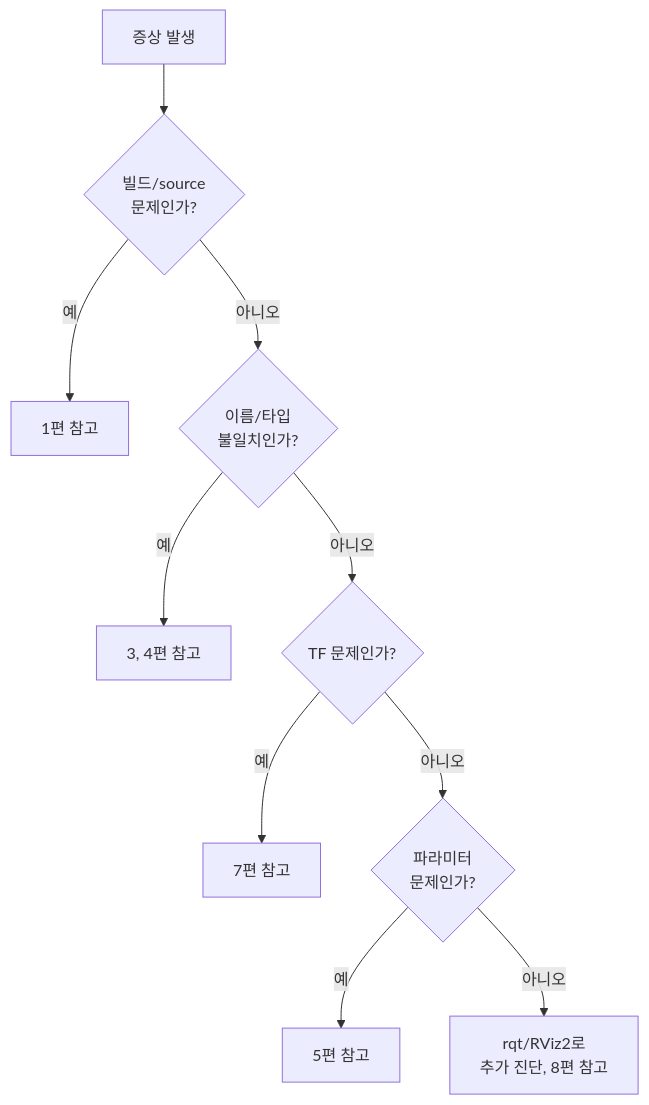
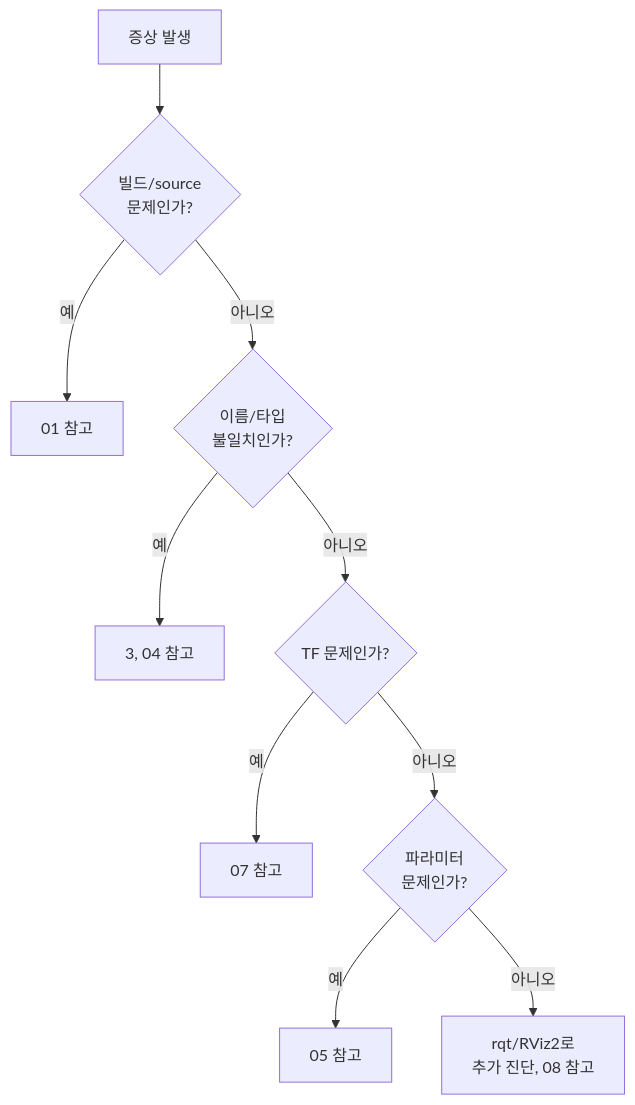
The diagram in 1_ROS2 기초/09_문제_해결_자주_발생하는_오류_모음.md (codebaragi23/ROS2-doc), drawn with Mermaid before and after one commit. The commit also changed other lines of this file and 18 other files, not shown here.

````diff
--- a/1_ROS2 기초/09_문제_해결_자주_발생하는_오류_모음.md
+++ b/1_ROS2 기초/09_문제_해결_자주_발생하는_오류_모음.md
@@ -59,16 +59,16 @@
 ```mermaid
 flowchart TD
     S[증상 발생] --> Q1{빌드/source
 문제인가?}
-    Q1 -->|예| F1[1편 참고]
+    Q1 -->|예| F1[01 참고]
     Q1 -->|아니오| Q2{이름/타입
 불일치인가?}
-    Q2 -->|예| F2[3, 4편 참고]
+    Q2 -->|예| F2[3, 04 참고]
     Q2 -->|아니오| Q3{TF 문제인가?}
-    Q3 -->|예| F3[7편 참고]
+    Q3 -->|예| F3[07 참고]
     Q3 -->|아니오| Q4{파라미터
 문제인가?}
-    Q4 -->|예| F4[5편 참고]
+    Q4 -->|예| F4[05 참고]
     Q4 -->|아니오| F5[rqt/RViz2로
-추가 진단, 8편 참고]
+추가 진단, 08 참고]
 ```
````
